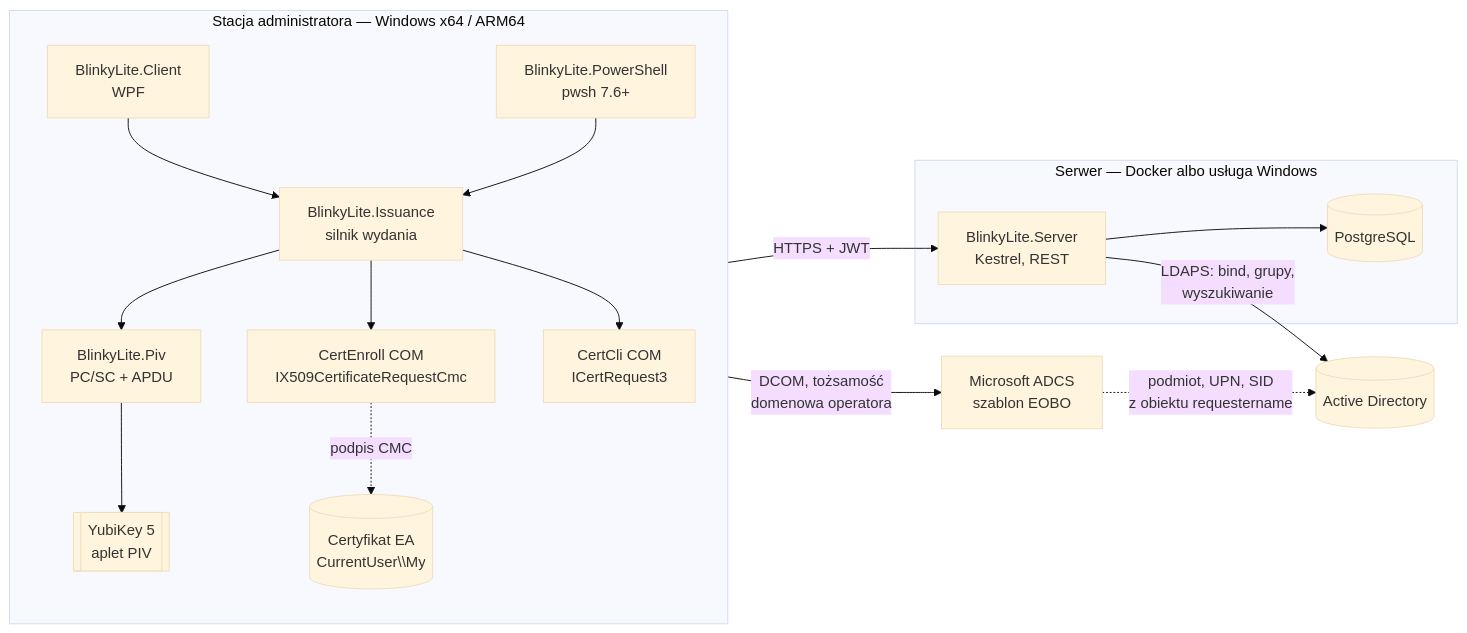
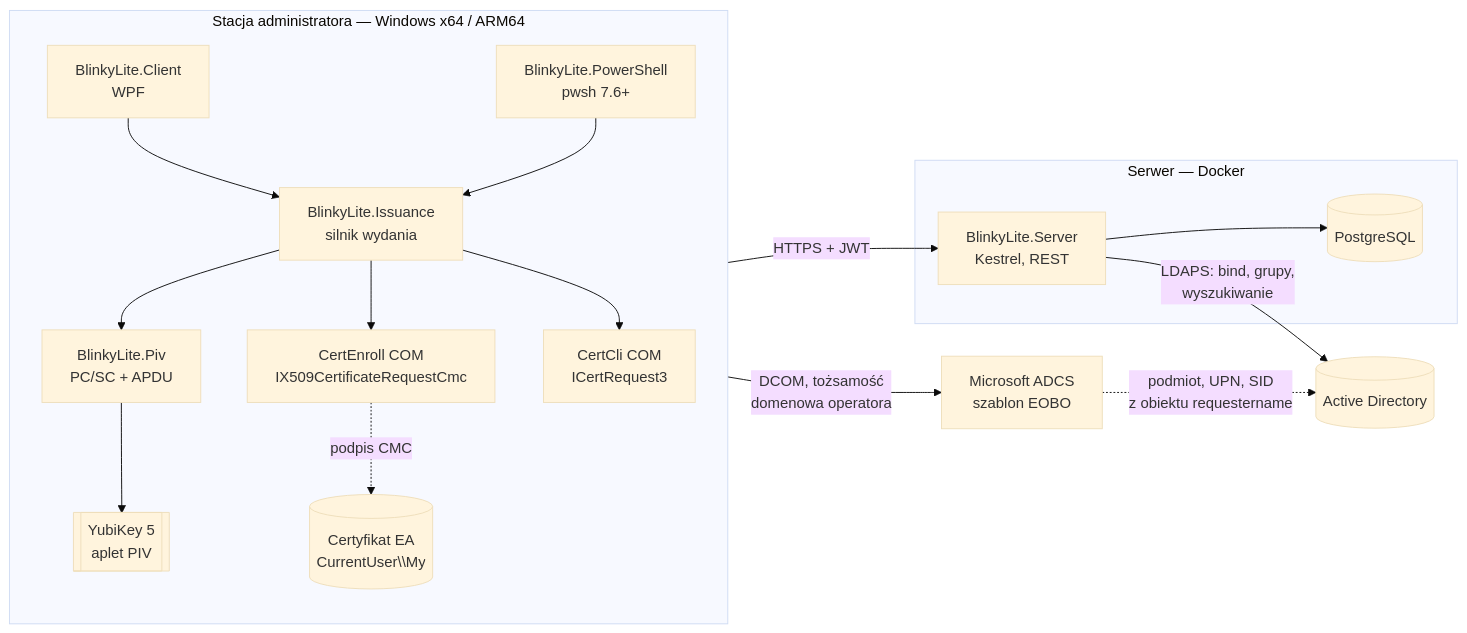
Before and after one commit to franekSoftSF/BlinkyLite: the first of 3 diagrams in docs/01-architecture.md, drawn with Mermaid (base theme). The commit also changed other lines of this file and 8 other files, not shown here.

First line of the commit message:
docs: serwer tylko w Dockerze - usluga Windows w MSIX odpada (D-38)

````diff
--- a/docs/01-architecture.md
+++ b/docs/01-architecture.md
@@ -25,34 +25,34 @@
 ```mermaid
 flowchart LR
     subgraph WS["Stacja administratora — Windows x64 / ARM64"]
         direction TB
         WPF["BlinkyLite.Client<br/>WPF"]
         PS["BlinkyLite.PowerShell<br/>pwsh 7.6+"]
         ENG["BlinkyLite.Issuance<br/>silnik wydania"]
         PIV["BlinkyLite.Piv<br/>PC/SC + APDU"]
         CE["CertEnroll COM<br/>IX509CertificateRequestCmc"]
         CR["CertCli COM<br/>ICertRequest3"]
         EA[("Certyfikat EA<br/>CurrentUser\\My")]
         YK[["YubiKey 5<br/>aplet PIV"]]
         WPF --> ENG
         PS --> ENG
         ENG --> PIV --> YK
         ENG --> CE
         CE -. podpis CMC .-> EA
         ENG --> CR
     end
 
-    subgraph SRV["Serwer — Docker albo usługa Windows"]
+    subgraph SRV["Serwer — Docker"]
         API["BlinkyLite.Server<br/>Kestrel, REST"]
         DB[("PostgreSQL")]
         API --> DB
     end
 
     AD[("Active Directory")]
     CA["Microsoft ADCS<br/>szablon EOBO"]
 
     ENG -- "HTTPS + JWT" --> API
     API -- "LDAPS: bind, grupy,<br/>wyszukiwanie" --> AD
     CR -- "DCOM, tożsamość<br/>domenowa operatora" --> CA
     CA -. "podmiot, UPN, SID<br/>z obiektu requestername" .-> AD
 ```
````
